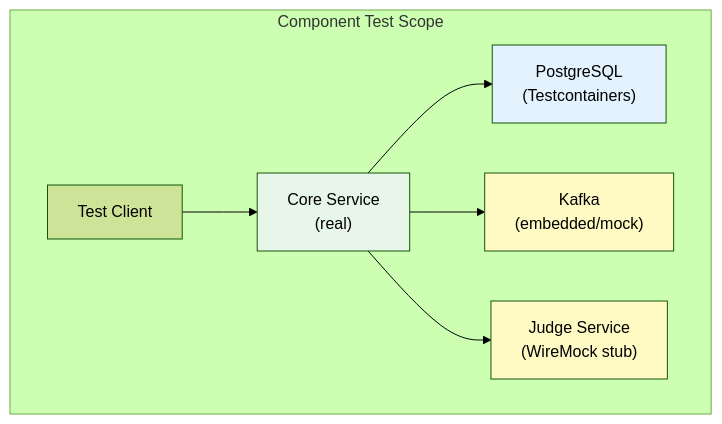
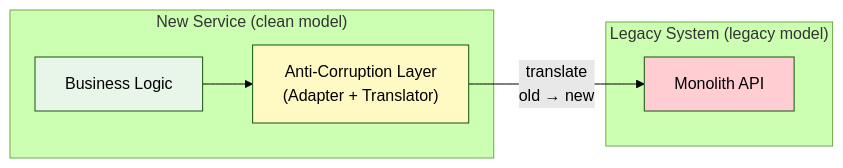
The seventh of 11 diagrams in manuscript/chapter-10.md (hungdn1701/ptit-microservice-textbook), drawn with Mermaid (forest theme) before and after one commit. The commit also changed other lines of this file and 31 other files, not shown here.

````diff
--- a/manuscript/chapter-10.md
+++ b/manuscript/chapter-10.md
@@ -163,14 +283,18 @@
 ```mermaid
-graph TB
-    subgraph ComponentTest["Component Test Scope"]
-        CT["Test Client"] --> SVC["Core Service<br/>(real)"]
-        SVC --> DB["PostgreSQL<br/>(Testcontainers)"]
-        SVC --> MOCK_KF["Kafka<br/>(embedded/mock)"]
-        SVC --> MOCK_FE["Judge Service<br/>(WireMock stub)"]
+graph LR
+    subgraph New["New Service (clean model)"]
+        NS["Business Logic"]
+        ACL["Anti-Corruption Layer\n(Adapter + Translator)"]
     end
     
-    style SVC fill:#E8F5E9
-    style DB fill:#E3F2FD
-    style MOCK_KF fill:#FFF9C4
-    style MOCK_FE fill:#FFF9C4
+    subgraph Old["Legacy System (legacy model)"]
+        LS["Monolith API"]
+    end
+    
+    NS --> ACL
+    ACL -->|"translate\nold → new"| LS
+    
+    style ACL fill:#FFF9C4
+    style NS fill:#E8F5E9
+    style LS fill:#FFCDD2
 ```
````
